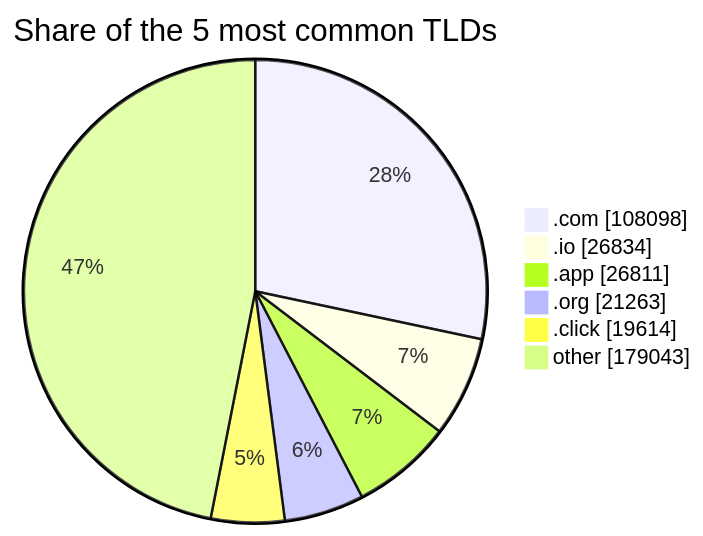
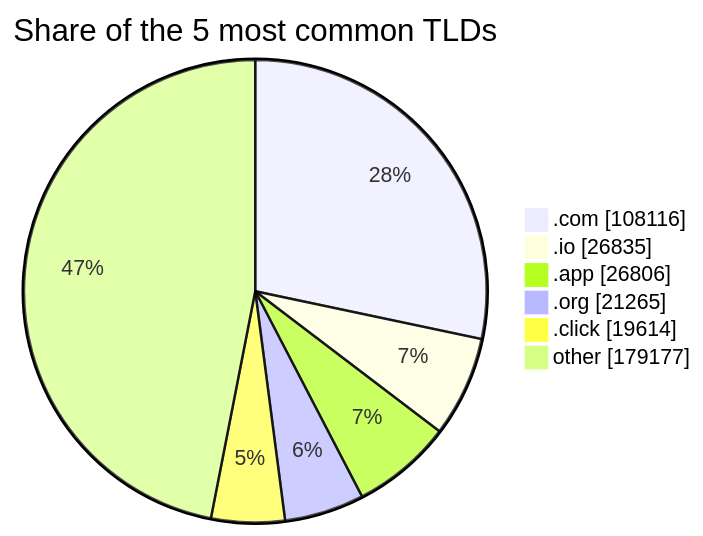
Before and after one commit to DNSBunker/CTI: the third of 3 diagrams in README.md, drawn with Mermaid. The commit also changed other lines of this file and 3 other files, not shown here.

````diff
--- a/README.md
+++ b/README.md
@@ -81,9 +81,9 @@
 ```mermaid
 pie showData title Share of the 5 most common TLDs
-    ".com" : 108098
-    ".io" : 26834
-    ".app" : 26811
-    ".org" : 21263
+    ".com" : 108116
+    ".io" : 26835
+    ".app" : 26806
+    ".org" : 21265
     ".click" : 19614
-    "other" : 179043
+    "other" : 179177
 ```
````
